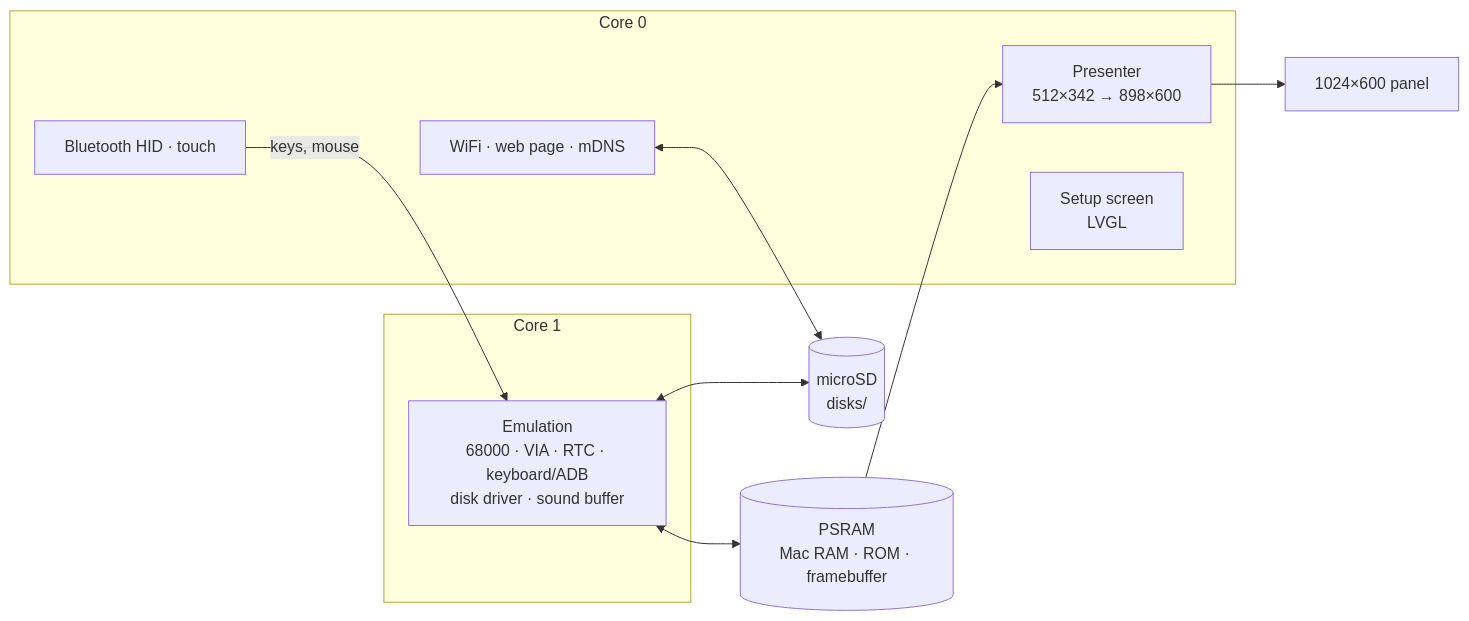
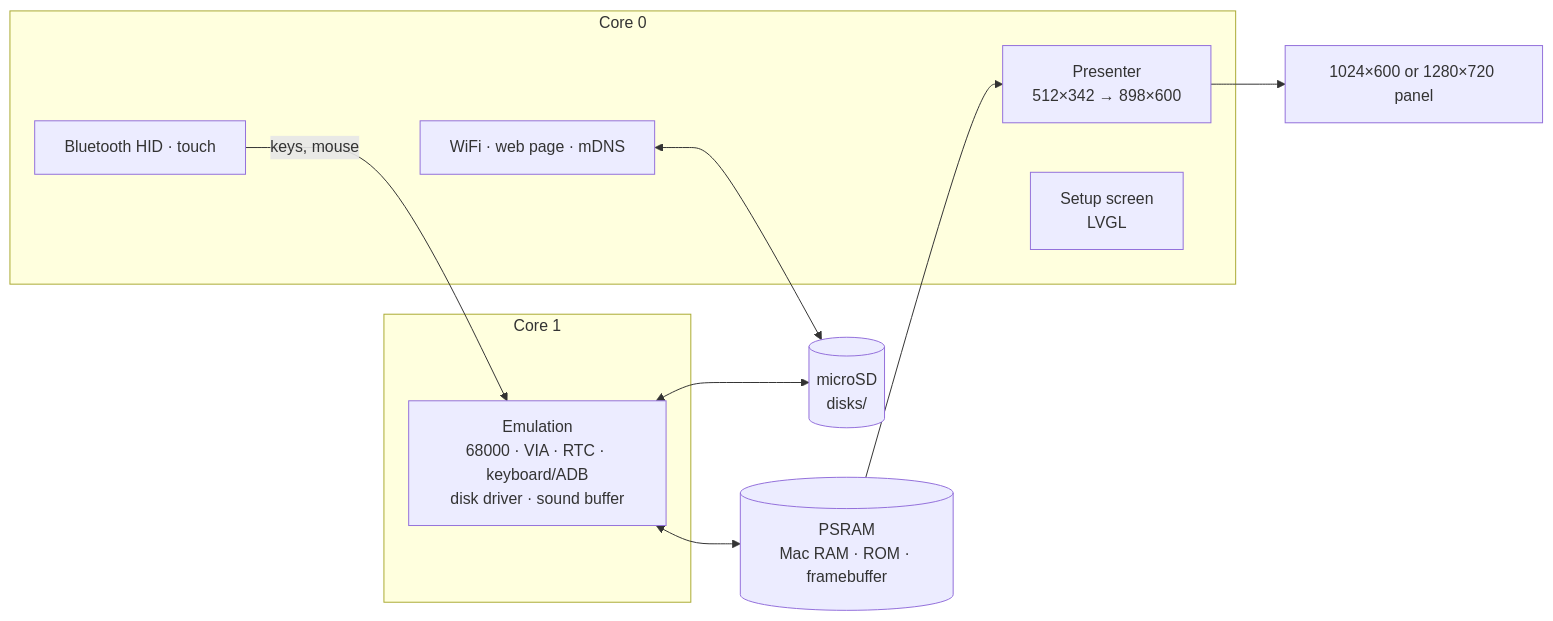
One commit to rlucencic/esp32mac changed the diagram in README.md. Above: the diagram before and after it, drawn with Mermaid. The commit also changed other lines of this file and 3 other files, not shown here.

````diff
--- a/README.md
+++ b/README.md
@@ -177,20 +182,20 @@
 ```mermaid
 flowchart LR
   subgraph core1 [Core 1]
     EMU["Emulation<br>68000 · VIA · RTC · keyboard/ADB<br>disk driver · sound buffer"]
   end
   subgraph core0 [Core 0]
     PRES[Presenter<br>512×342 → 898×600]
     UI[Setup screen<br>LVGL]
     NET[WiFi · web page · mDNS]
     BLE[Bluetooth HID · touch]
   end
   PSRAM[(PSRAM<br>Mac RAM · ROM · framebuffer)]
   SD[(microSD<br>disks/)]
   EMU <--> PSRAM
-  PRES --> LCD[1024×600 panel]
+  PRES --> LCD[1024×600 or 1280×720 panel]
   PSRAM --> PRES
   BLE -- keys, mouse --> EMU
   EMU <--> SD
   NET <--> SD
 ```
````
